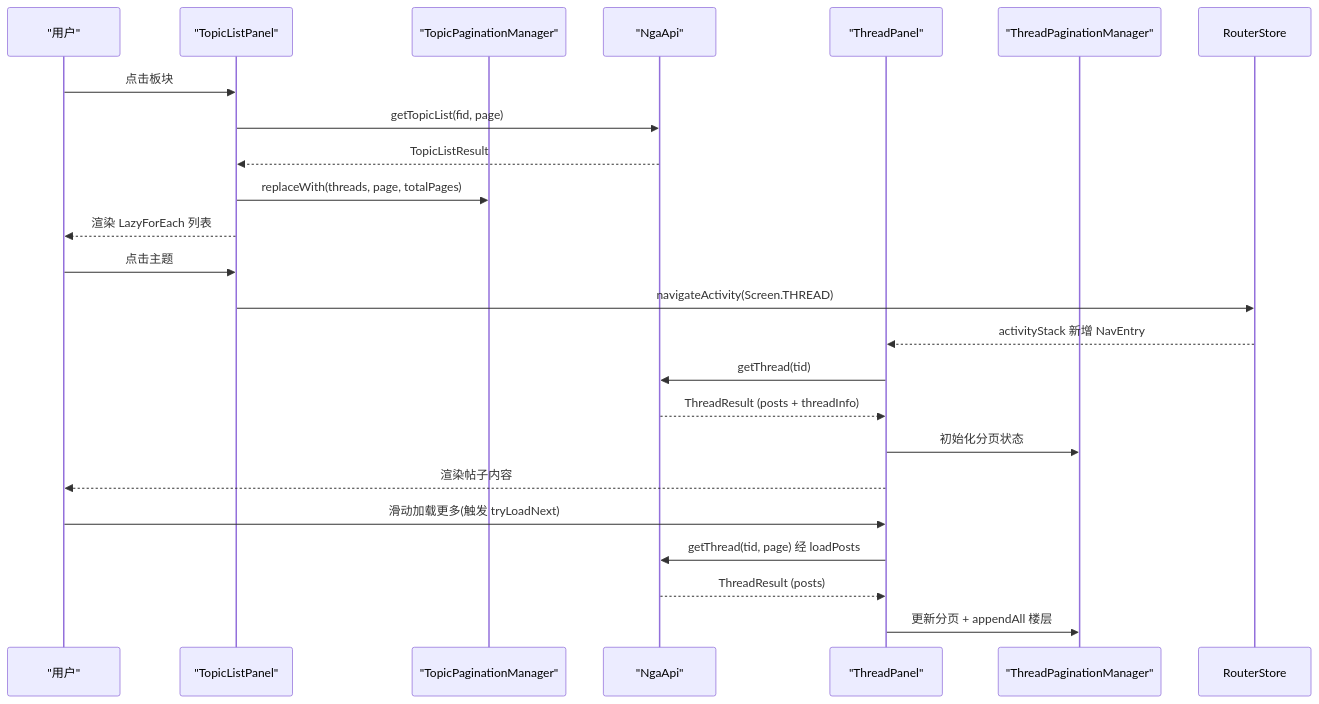
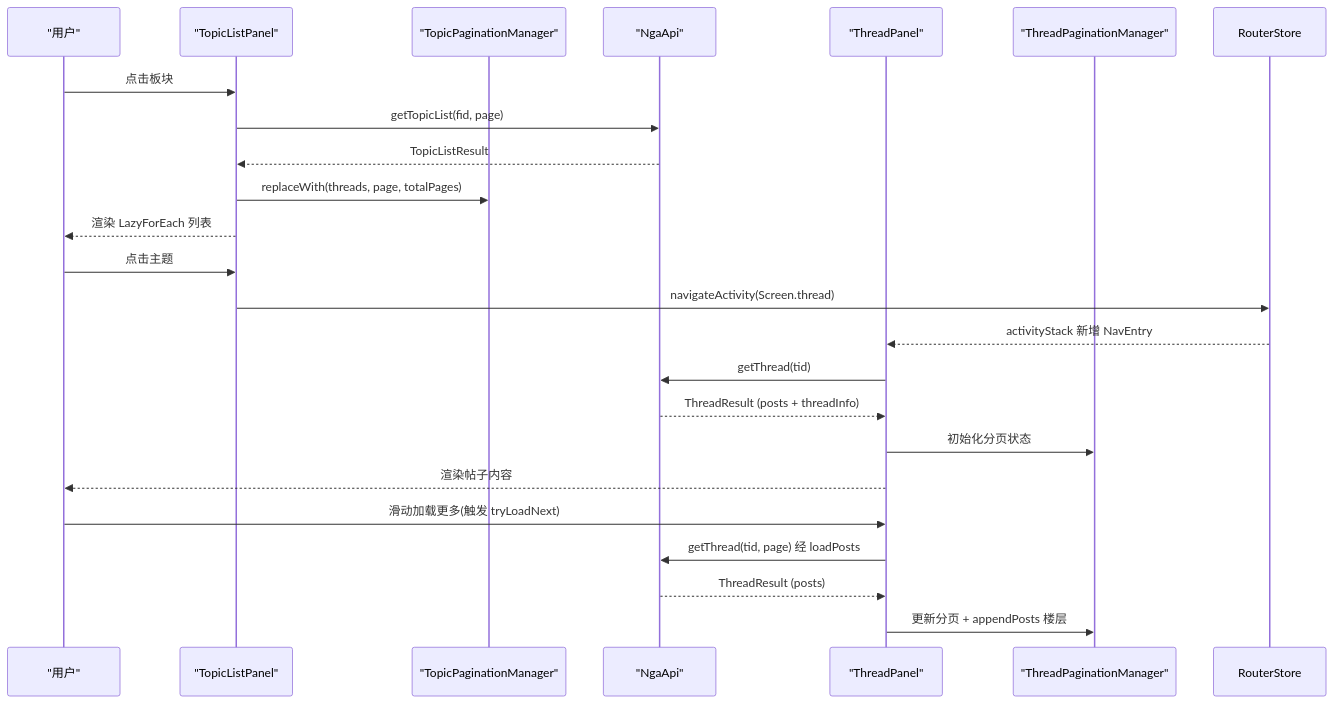
Before and after one commit to wgzysq-rgb/nga_harmony: the second of 2 diagrams in .wiki/页面模块/主题列表与帖子详情.md, drawn with Mermaid. The commit also changed other lines of this file and 12 other files, not shown here.

````diff
--- a/.wiki/页面模块/主题列表与帖子详情.md
+++ b/.wiki/页面模块/主题列表与帖子详情.md
@@ -43,29 +52,29 @@
 ```mermaid
 sequenceDiagram
     participant User as "用户"
     participant TLP as "TopicListPanel"
     participant Pager as "TopicPaginationManager"
     participant NGA as "NgaApi"
     participant TP as "ThreadPanel"
     participant TPM as "ThreadPaginationManager"
 
     User->>TLP: 点击板块
     TLP->>NGA: getTopicList(fid, page)
     NGA-->>TLP: TopicListResult
     TLP->>Pager: replaceWith(threads, page, totalPages)
     TLP-->>User: 渲染 LazyForEach 列表
 
     User->>TLP: 点击主题
-    TLP->>RouterStore: navigateActivity(Screen.THREAD)
+    TLP->>RouterStore: navigateActivity(Screen.thread)
     RouterStore-->>TP: activityStack 新增 NavEntry
 
     TP->>NGA: getThread(tid)
     NGA-->>TP: ThreadResult (posts + threadInfo)
     TP->>TPM: 初始化分页状态
     TP-->>User: 渲染帖子内容
 
     User->>TP: 滑动加载更多(触发 tryLoadNext)
     TP->>NGA: getThread(tid, page) 经 loadPosts
     NGA-->>TP: ThreadResult (posts)
-    TP->>TPM: 更新分页 + appendAll 楼层
+    TP->>TPM: 更新分页 + appendPosts 楼层
 ```
````
